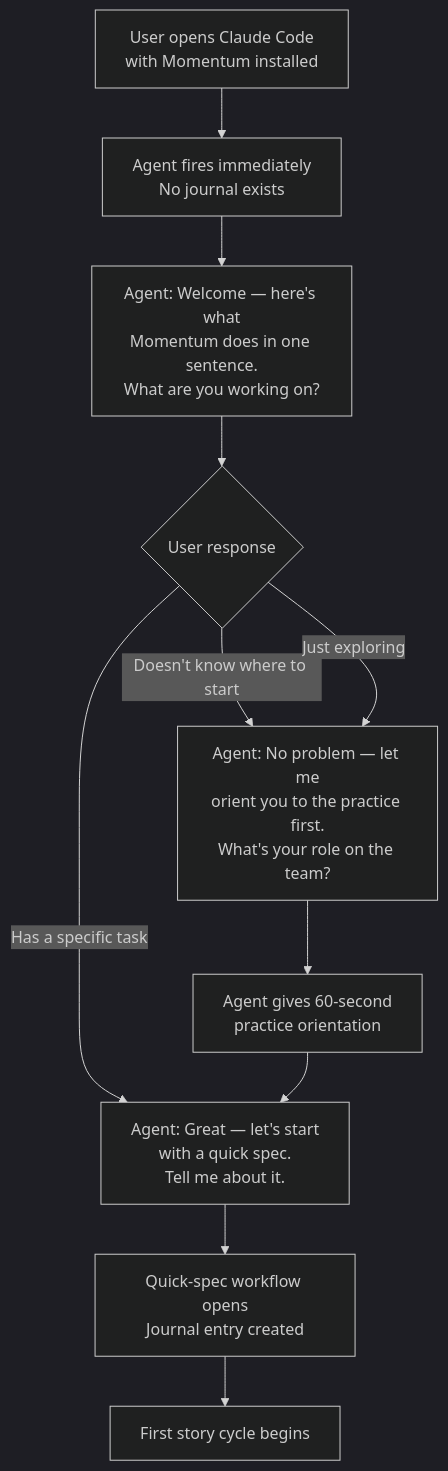
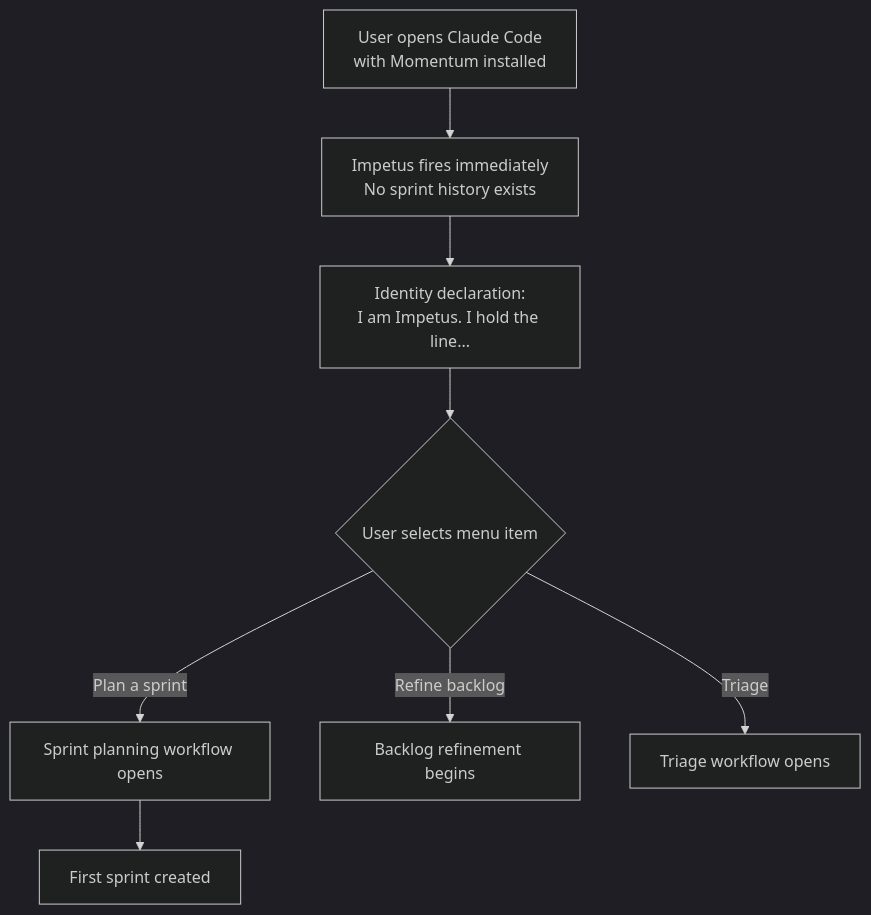
One commit to iamsteveholmes/momentum changed the first of 3 diagrams in _bmad-output/planning-artifacts/ux-design-specification.md. Above: the diagram before and after it, drawn with Mermaid (dark theme). The commit also changed other lines of this file, not shown here.

Commit message:
docs(ux): update session orientation for greeting redesign v8

````diff
--- a/_bmad-output/planning-artifacts/ux-design-specification.md
+++ b/_bmad-output/planning-artifacts/ux-design-specification.md
@@ -716,13 +919,10 @@
 ```mermaid
 flowchart TD
-    A[User opens Claude Code\nwith Momentum installed] --> B[Agent fires immediately\nNo journal exists]
-    B --> C[Agent: Welcome — here's what\nMomentum does in one sentence.\nWhat are you working on?]
-    C --> D{User response}
-    D -->|Has a specific task| E[Agent: Great — let's start\nwith a quick spec.\nTell me about it.]
-    D -->|Doesn't know where to start| F[Agent: No problem — let me\norient you to the practice first.\nWhat's your role on the team?]
-    D -->|Just exploring| F
-    E --> G[Quick-spec workflow opens\nJournal entry created]
-    F --> H[Agent gives 60-second\npractice orientation]
-    H --> E
-    G --> I[First story cycle begins]
+    A[User opens Claude Code\nwith Momentum installed] --> B[Impetus fires immediately\nNo sprint history exists]
+    B --> C[Identity declaration:\nI am Impetus. I hold the line...]
+    C --> D{User selects menu item}
+    D -->|Plan a sprint| E[Sprint planning workflow opens]
+    D -->|Refine backlog| F[Backlog refinement begins]
+    D -->|Triage| G[Triage workflow opens]
+    E --> H[First sprint created]
 ```
````
